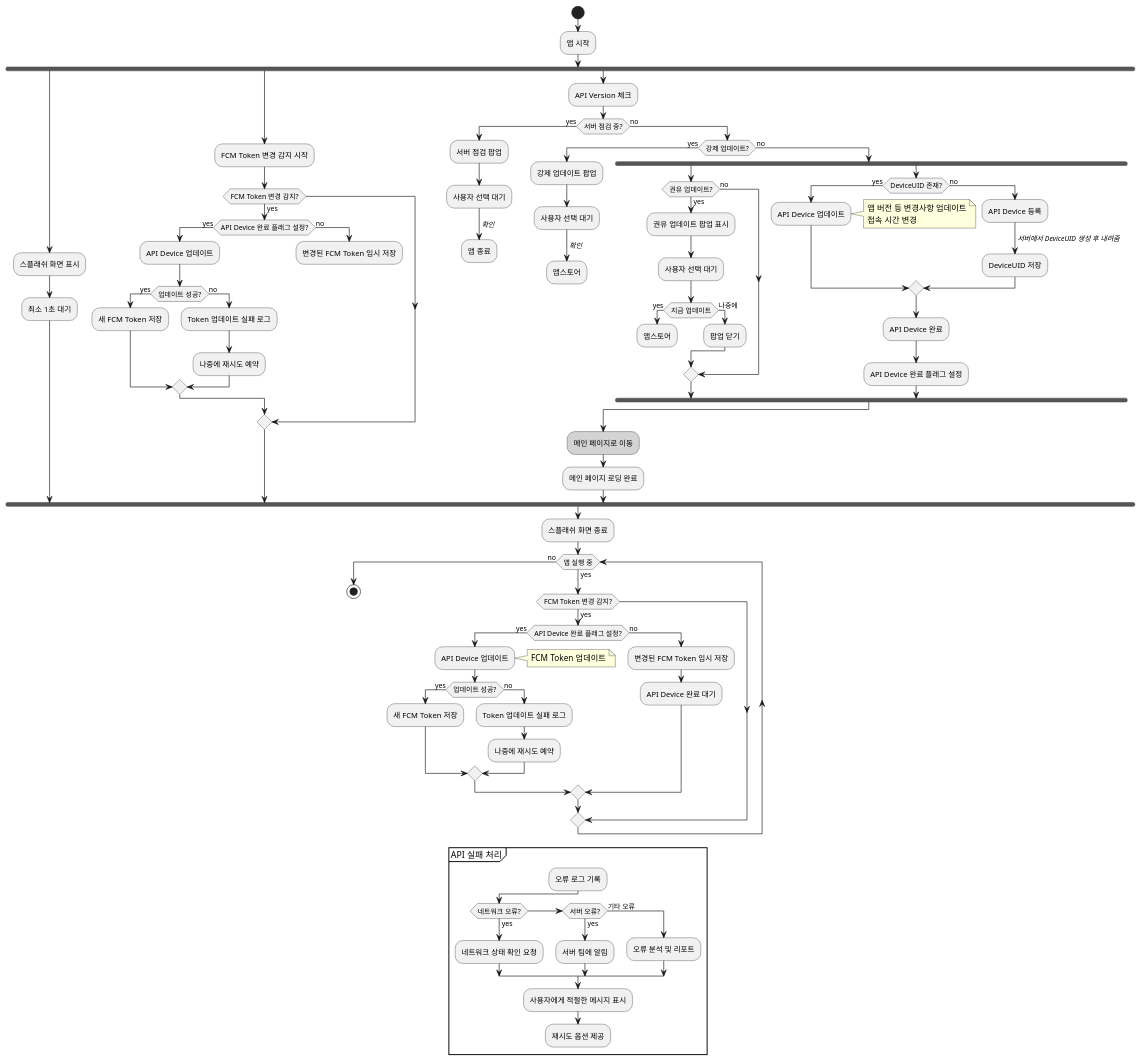
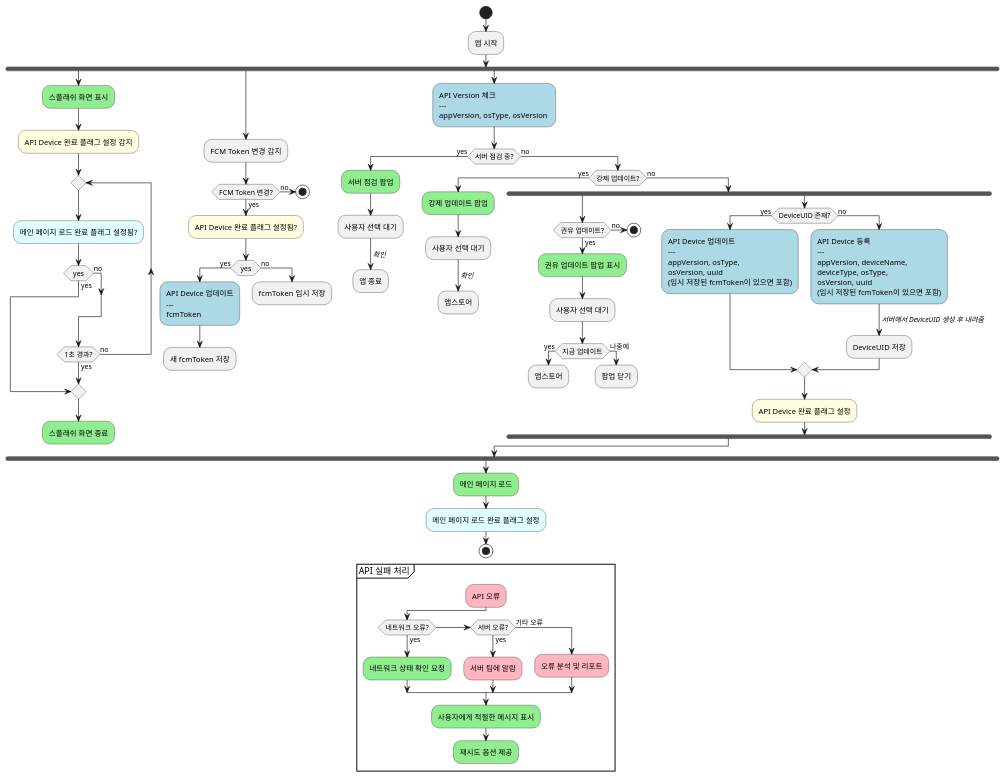
One commit to tsleedev/ts-etc-plantuml changed the diagram in documents/APP.puml. Above: the diagram before and after it, drawn with PlantUML. The commit also changed 3 other files, not shown here.

Commit message:
앱 실행 FlowChat 추가

```diff
--- a/documents/APP.puml
+++ b/documents/APP.puml
@@ -1,112 +1,112 @@
 @startuml
-'https://plantuml.com/activity-diagram-beta
+skinparam ActivityBackgroundColor<<API>> LightBlue
+skinparam ActivityBackgroundColor<<UI>> LightGreen
+skinparam ActivityBackgroundColor<<Error>> LightPink
+skinparam ActivityBackgroundColor<<APIDeviceFlag>> LightYellow
+skinparam ActivityBackgroundColor<<MainPageFlag>> LightCyan
 
 start
 :앱 시작;
 
 fork
-  :스플래쉬 화면 표시;
-  :최소 1초 대기;
+  :스플래쉬 화면 표시;<<UI>>
+  :API Device 완료 플래그 설정 감지;<<APIDeviceFlag>>
+  repeat
+    :메인 페이지 로드 완료 플래그 설정됨?;<<MainPageFlag>>
+    if (yes) then (yes)
+      break
+    else (no)
+    endif
+  repeat while (1초 경과?) is (no) not (yes)
+  :스플래쉬 화면 종료;<<UI>>
+  kill
 fork again
-  :FCM Token 변경 감지 시작;
-  if (FCM Token 변경 감지?) then (yes)
-    if (API Device 완료 플래그 설정?) then (yes)
-      :API Device 업데이트;
-      if (업데이트 성공?) then (yes)
-        :새 FCM Token 저장;
-      else (no)
-        :Token 업데이트 실패 로그;
-        :나중에 재시도 예약;
-      endif
+  :FCM Token 변경 감지;
+  if (FCM Token 변경?) then (yes)
+    :API Device 완료 플래그 설정됨?;<<APIDeviceFlag>>
+    if (yes) then (yes)
+      :API Device 업데이트
+      ---
+      fcmToken;<<API>>
+      :새 fcmToken 저장;
+      kill
     else (no)
-      :변경된 FCM Token 임시 저장;
+      :fcmToken 임시 저장;
       kill
     endif
+  else (no)
+    stop
   endif
 fork again
-  :API Version 체크;
+  :API Version 체크
+  ---
+  appVersion, osType, osVersion ;<<API>>
 
   if (서버 점검 중?) then (yes)
-    :서버 점검 팝업;
+    :서버 점검 팝업;<<UI>>
     :사용자 선택 대기;
     -> //확인//;
     :앱 종료;
     kill
   else (no)
     if (강제 업데이트?) then (yes)
-      :강제 업데이트 팝업;
+      :강제 업데이트 팝업;<<UI>>
       :사용자 선택 대기;
       -> //확인//;
       :앱스토어;
       kill
     else (no)
       fork
         if (권유 업데이트?) then (yes)
-          :권유 업데이트 팝업 표시;
+          :권유 업데이트 팝업 표시;<<UI>>
           :사용자 선택 대기;
           if (지금 업데이트) then (yes)
             :앱스토어;
             kill
           else (나중에)
             :팝업 닫기;
+            kill
           endif
         else (no)
+          stop
         endif
       fork again
         if (DeviceUID 존재?) then (yes)
-          :API Device 업데이트;
-          note right
-            앱 버전 등 변경사항 업데이트
-            접속 시간 변경
-          end note
+          :API Device 업데이트
+          ---
+          appVersion, osType,
+          osVersion, uuid
+          (임시 저장된 fcmToken이 있으면 포함);<<API>>
         else (no)
-          :API Device 등록;
+          :API Device 등록
+          ---
+          appVersion, deviceName,
+          deviceType, osType,
+          osVersion, uuid
+          (임시 저장된 fcmToken이 있으면 포함);<<API>>
           -> //서버에서 DeviceUID 생성 후 내려줌//;
           :DeviceUID 저장;
         endif
-        :API Device 완료;
-        :API Device 완료 플래그 설정;
+        :API Device 완료 플래그 설정;<<APIDeviceFlag>>
       end fork
     endif
   endif
-
-  #lightgray:메인 페이지로 이동;
-  :메인 페이지 로딩 완료;
 end fork
-
-:스플래쉬 화면 종료;
-
-while (앱 실행 중) is (yes)
-  if (FCM Token 변경 감지?) then (yes)
-    if (API Device 완료 플래그 설정?) then (yes)
-      :API Device 업데이트;
-      note right: FCM Token 업데이트
-      if (업데이트 성공?) then (yes)
-        :새 FCM Token 저장;
-      else (no)
-        :Token 업데이트 실패 로그;
-        :나중에 재시도 예약;
-      endif
-    else (no)
-      :변경된 FCM Token 임시 저장;
-      :API Device 완료 대기;
-    endif
-  endif
-endwhile (no)
-
+:메인 페이지 로드;<<UI>>
+:메인 페이지 로드 완료 플래그 설정;<<MainPageFlag>>
 stop
 
 partition API 실패 처리 {
-  :오류 로그 기록;
+  :API 오류;<<Error>>
   if (네트워크 오류?) then (yes)
-    :네트워크 상태 확인 요청;
+    :네트워크 상태 확인 요청;<<UI>>
   else if (서버 오류?) then (yes)
-    :서버 팀에 알림;
+    :서버 팀에 알림;<<Error>>
   else (기타 오류)
-    :오류 분석 및 리포트;
+    :오류 분석 및 리포트;<<Error>>
   endif
-  :사용자에게 적절한 메시지 표시;
-  :재시도 옵션 제공;
+  :사용자에게 적절한 메시지 표시;<<UI>>
+  :재시도 옵션 제공;<<UI>>
 }
 
 @enduml
```
